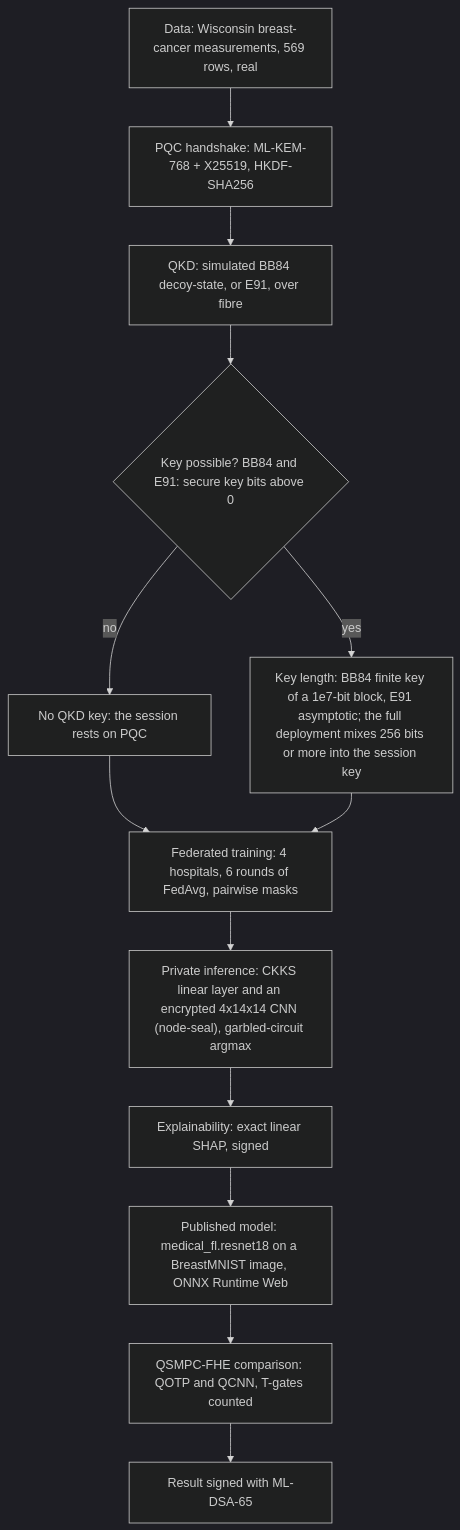
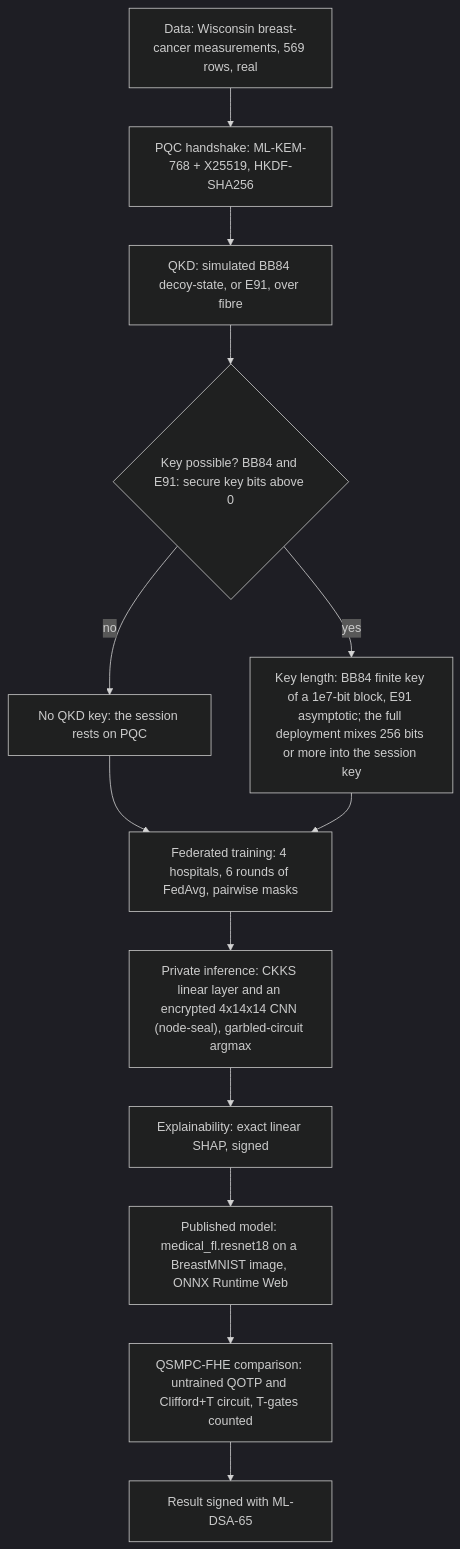
The fourth of 11 diagrams in README.md (Quantum-Daemons/QSMPC-QKD-QHE-AI-Hybrid), drawn with Mermaid (dark theme) before and after one commit. The commit also changed other lines of this file and 48 other files, not shown here.

````diff
--- a/README.md
+++ b/README.md
@@ -147,27 +147,27 @@
 ```mermaid
 flowchart TB
   D["Data: Wisconsin breast-cancer measurements, 569 rows, real"]
   H["PQC handshake: ML-KEM-768 + X25519, HKDF-SHA256"]
   K["QKD: simulated BB84 decoy-state, or E91, over fibre"]
   Q{"Key possible? BB84 and E91: secure key bits above 0"}
   N["No QKD key: the session rests on PQC"]
   L["Key length: BB84 finite key of a 1e7-bit block, E91 asymptotic; the full deployment mixes 256 bits or more into the session key"]
   FL["Federated training: 4 hospitals, 6 rounds of FedAvg, pairwise masks"]
   I["Private inference: CKKS linear layer and an encrypted 4x14x14 CNN (node-seal), garbled-circuit argmax"]
   X["Explainability: exact linear SHAP, signed"]
   M["Published model: medical_fl.resnet18 on a BreastMNIST image, ONNX Runtime Web"]
-  C["QSMPC-FHE comparison: QOTP and QCNN, T-gates counted"]
+  C["QSMPC-FHE comparison: untrained QOTP and Clifford+T circuit, T-gates counted"]
   S["Result signed with ML-DSA-65"]
   D --> H
   H --> K
   K --> Q
   Q -->|no| N
   Q -->|yes| L
   N --> FL
   L --> FL
   FL --> I
   I --> X
   X --> M
   M --> C
   C --> S
 ```
````
